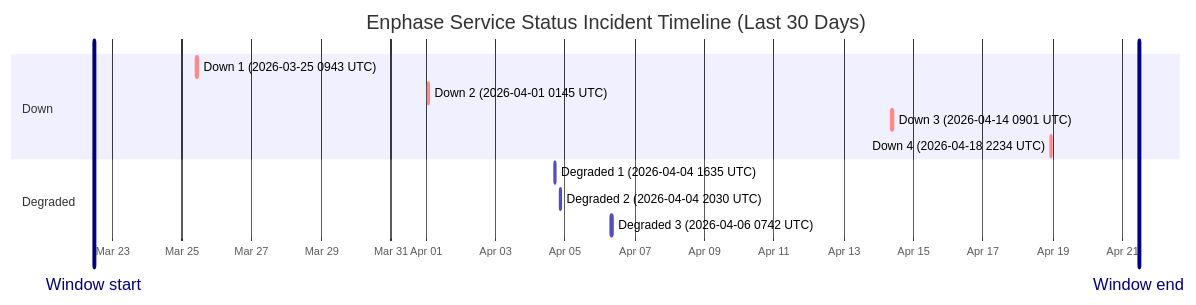
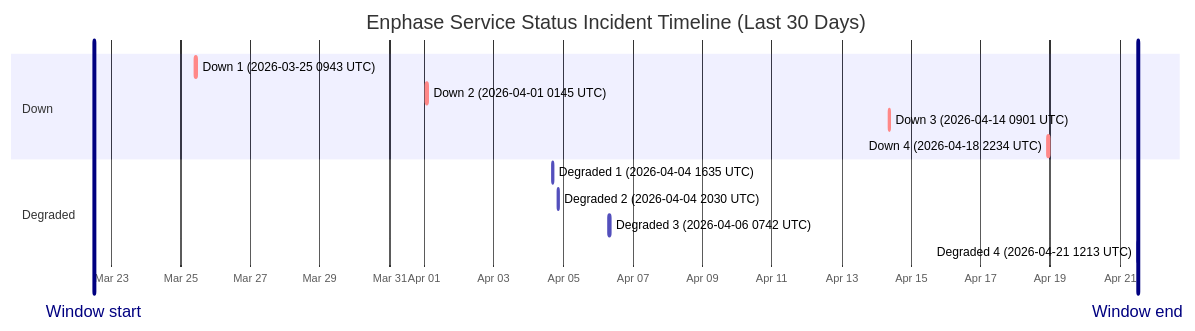
The diagram in wiki/Service-Status-History.md (barneyonline/ha-enphase-ev-charger), drawn with Mermaid before and after one commit. The commit also changed other lines of this file and 4 other files, not shown here.

````diff
--- a/wiki/Service-Status-History.md
+++ b/wiki/Service-Status-History.md
@@ -14,17 +14,18 @@
 ```mermaid
 gantt
     title Enphase Service Status Incident Timeline (Last 30 Days)
     dateFormat  YYYY-MM-DDTHH:mm:ss
     axisFormat  %b %d
-    Window start :vert, window-start, 2026-03-22T11:17:43, 0ms
-    Window end :vert, window-end, 2026-04-21T11:17:43, 0ms
+    Window start :vert, window-start, 2026-03-22T12:13:11, 0ms
+    Window end :vert, window-end, 2026-04-21T12:13:11, 0ms
     section Down
     Down 1 (2026-03-25 0943 UTC) :crit, down-1, 2026-03-25T09:43:28, 111m
     Down 2 (2026-04-01 0145 UTC) :crit, down-2, 2026-04-01T01:45:09, 60m
     Down 3 (2026-04-14 0901 UTC) :crit, down-3, 2026-04-14T09:01:13, 60m
     Down 4 (2026-04-18 2234 UTC) :crit, down-4, 2026-04-18T22:34:13, 60m
     section Degraded
     Degraded 1 (2026-04-04 1635 UTC) :active, degraded-1, 2026-04-04T16:35:17, 60m
     Degraded 2 (2026-04-04 2030 UTC) :active, degraded-2, 2026-04-04T20:30:40, 60m
     Degraded 3 (2026-04-06 0742 UTC) :active, degraded-3, 2026-04-06T07:42:09, 85m
+    Degraded 4 (2026-04-21 1213 UTC) :active, degraded-4, 2026-04-21T12:13:11, 60m
 ```
````
